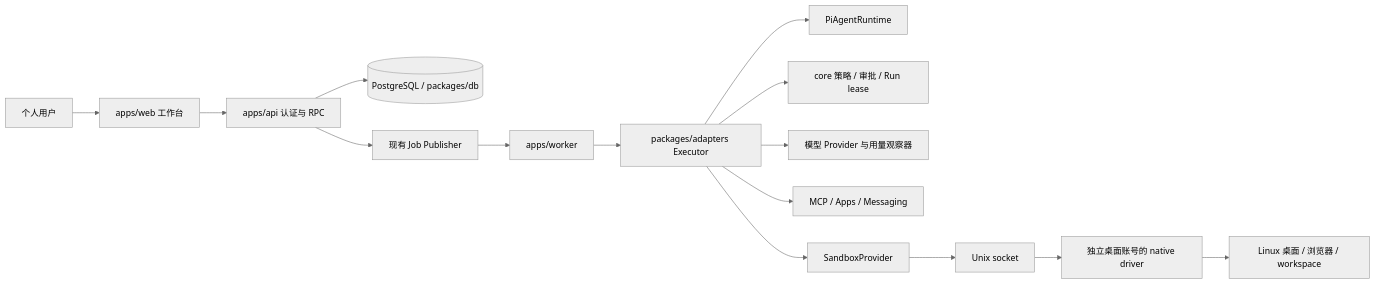
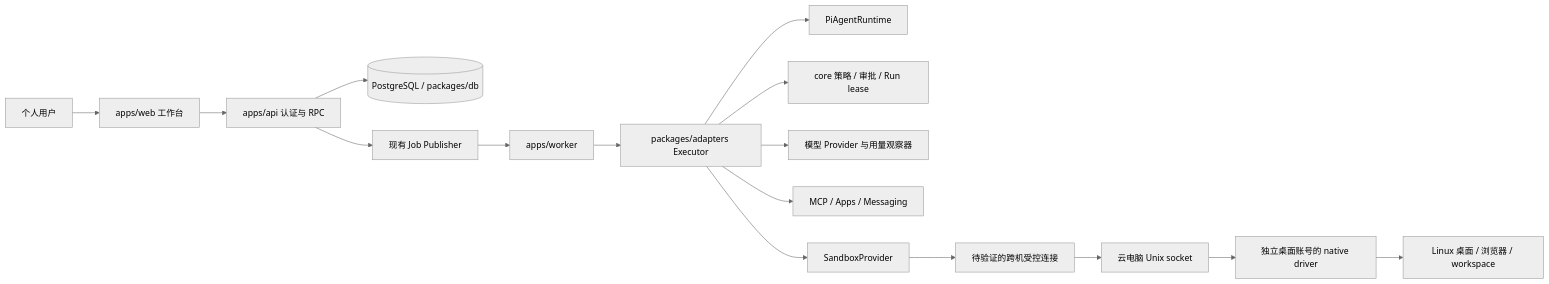
One commit to zxl3305479573-max/Sydney-personal-agent changed the first of 2 diagrams in docs/project-architecture.md. Above: the diagram before and after it, drawn with Mermaid (neutral theme). The commit also changed other lines of this file and 87 other files, not shown here.

````diff
--- a/docs/project-architecture.md
+++ b/docs/project-architecture.md
@@ -17,17 +19,18 @@
 ```mermaid
 flowchart LR
   User[个人用户] --> Web[apps/web 工作台]
   Web --> API[apps/api 认证与 RPC]
   API --> DB[(PostgreSQL / packages/db)]
   API --> Jobs[现有 Job Publisher]
   Jobs --> Worker[apps/worker]
   Worker --> Executor[packages/adapters Executor]
   Executor --> Pi[PiAgentRuntime]
   Executor --> Policy[core 策略 / 审批 / Run lease]
   Executor --> Model[模型 Provider 与用量观察器]
   Executor --> Connectors[MCP / Apps / Messaging]
   Executor --> Sandbox[SandboxProvider]
-  Sandbox --> Socket[Unix socket]
+  Sandbox --> Link[待验证的跨机受控连接]
+  Link --> Socket[云电脑 Unix socket]
   Socket --> Driver[独立桌面账号的 native driver]
   Driver --> Desktop[Linux 桌面 / 浏览器 / workspace]
 ```
````
